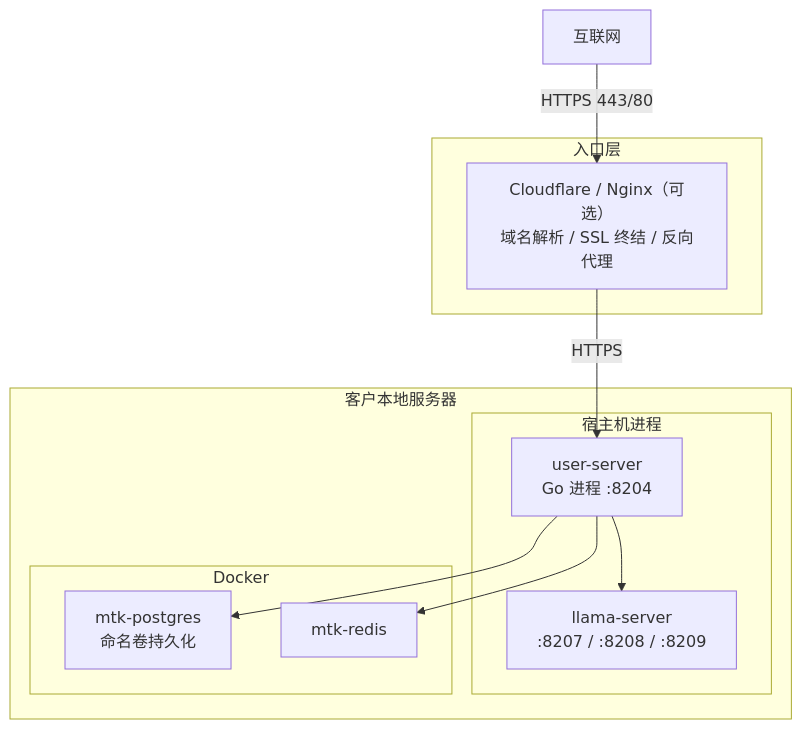
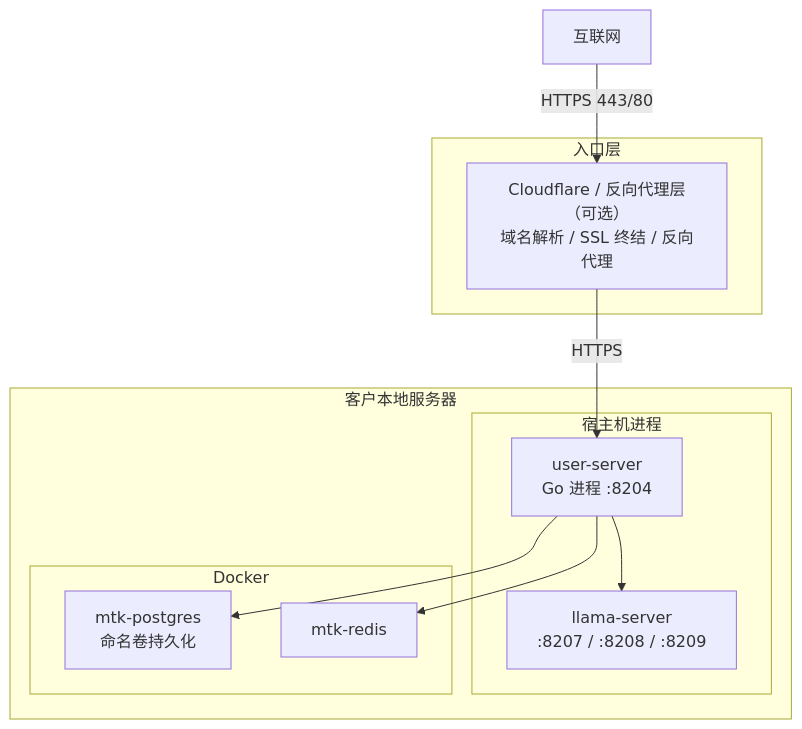
One commit to hivemtkbot/hivemtk changed the fourth of 5 diagrams in docs/architecture/ARCHITECTURE_DIAGRAM.md. Above: the diagram before and after it, drawn with Mermaid. The commit also changed 36 other files, not shown here.

````diff
--- a/docs/architecture/ARCHITECTURE_DIAGRAM.md
+++ b/docs/architecture/ARCHITECTURE_DIAGRAM.md
@@ -144,26 +144,26 @@
 ```mermaid
 graph TD
     Internet[互联网]
 
     subgraph 入口层
-        CFNginx["Cloudflare / Nginx（可选）<br/>域名解析 / SSL 终结 / 反向代理"]
+        CF["Cloudflare / 反向代理层（可选）<br/>域名解析 / SSL 终结 / 反向代理"]
     end
 
     subgraph 客户本地服务器
         subgraph 宿主机进程
             UserServer["user-server<br/>Go 进程 :8204"]
             LlamaHost["llama-server<br/>:8207 / :8208 / :8209"]
         end
 
         subgraph Docker
             MtkPostgres[mtk-postgres<br/>命名卷持久化]
             MtkRedis[mtk-redis]
         end
     end
 
-    Internet -- "HTTPS 443/80" --> CFNginx
-    CFNginx -- "HTTPS" --> UserServer
+    Internet -- "HTTPS 443/80" --> CF
+    CF -- "HTTPS" --> UserServer
     UserServer --> LlamaHost
     UserServer --> MtkPostgres
     UserServer --> MtkRedis
 ```
````
